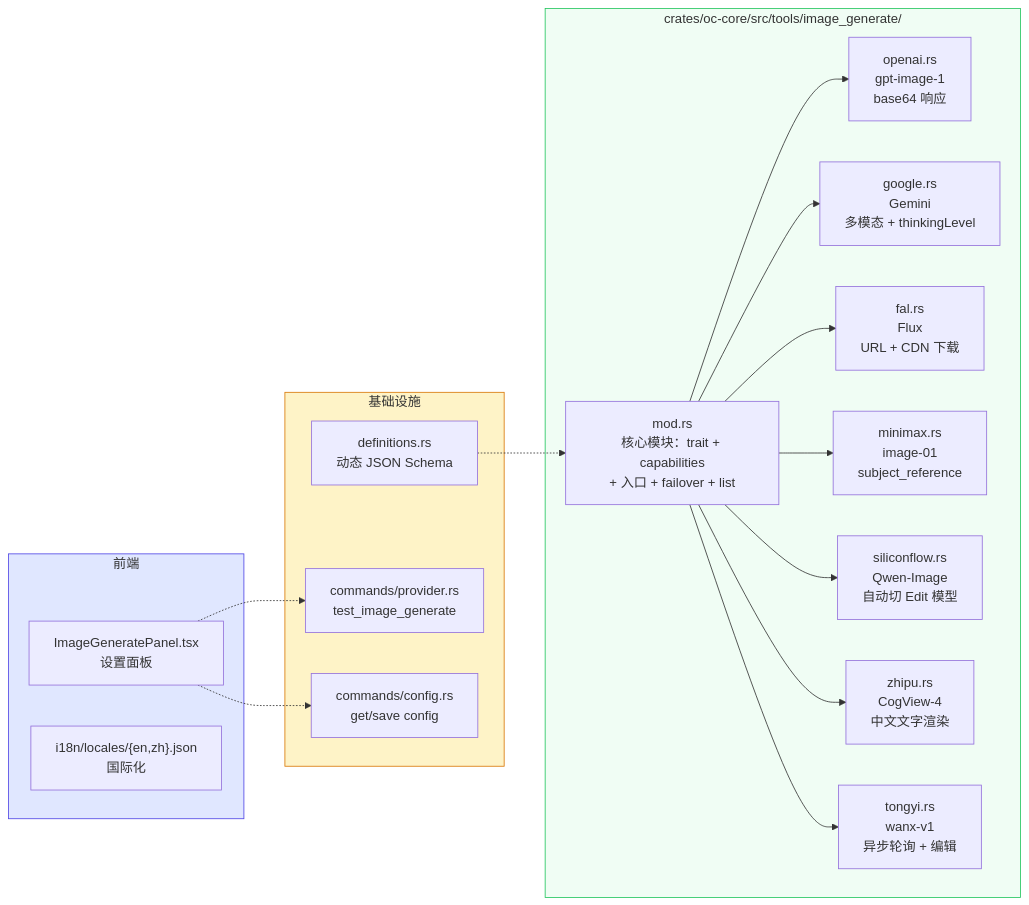
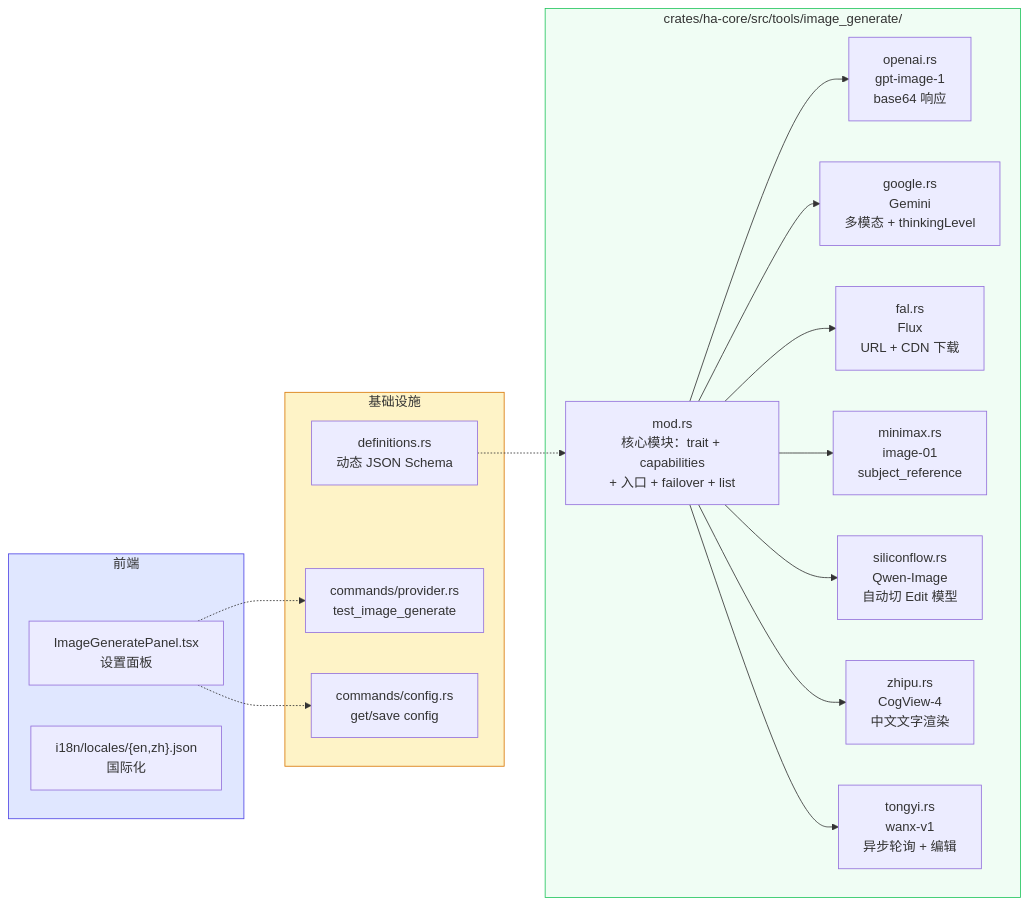
One commit to shiwenwen/hope-agent changed diagram 11 of 11 in docs/architecture/image-generation.md. Above: the diagram before and after it, drawn with Mermaid. The commit also changed other lines of this file and 727 other files, not shown here.

````diff
--- a/docs/architecture/image-generation.md
+++ b/docs/architecture/image-generation.md
@@ -495,33 +495,33 @@
 ```mermaid
 graph LR
-    subgraph backend["crates/oc-core/src/tools/image_generate/"]
+    subgraph backend["crates/ha-core/src/tools/image_generate/"]
         MOD["mod.rs<br/>核心模块：trait + capabilities<br/>+ 入口 + failover + list"]
         OAI["openai.rs<br/>gpt-image-1<br/>base64 响应"]
         GOO["google.rs<br/>Gemini<br/>多模态 + thinkingLevel"]
         FAL["fal.rs<br/>Flux<br/>URL + CDN 下载"]
         MM["minimax.rs<br/>image-01<br/>subject_reference"]
         SF["siliconflow.rs<br/>Qwen-Image<br/>自动切 Edit 模型"]
         ZP["zhipu.rs<br/>CogView-4<br/>中文文字渲染"]
         TY["tongyi.rs<br/>wanx-v1<br/>异步轮询 + 编辑"]
     end
 
     subgraph infra["基础设施"]
         DEF["definitions.rs<br/>动态 JSON Schema"]
         PRO["commands/provider.rs<br/>test_image_generate"]
         CFG["commands/config.rs<br/>get/save config"]
     end
 
     subgraph frontend["前端"]
         PANEL["ImageGeneratePanel.tsx<br/>设置面板"]
         I18N["i18n/locales/{en,zh}.json<br/>国际化"]
     end
 
     MOD --> OAI & GOO & FAL & MM & SF & ZP & TY
     DEF -.-> MOD
     PANEL -.-> CFG
     PANEL -.-> PRO
 
     style backend fill:#f0fdf4,stroke:#22c55e
     style infra fill:#fef3c7,stroke:#d97706
     style frontend fill:#e0e7ff,stroke:#4f46e5
 ```
````
